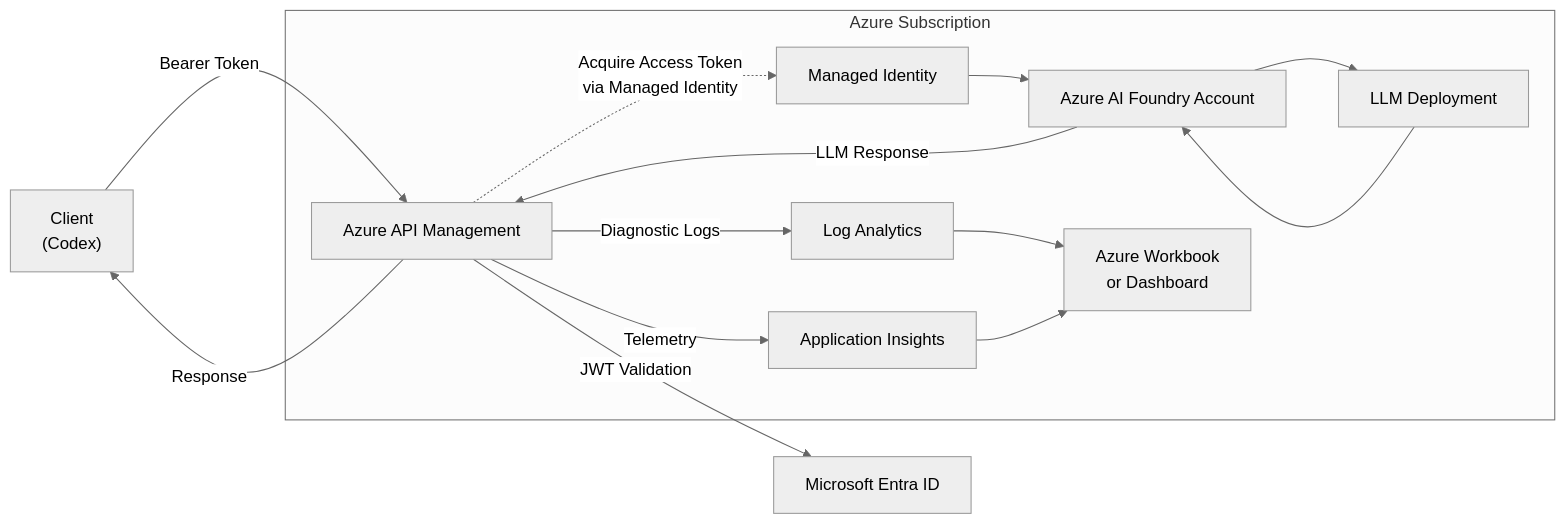
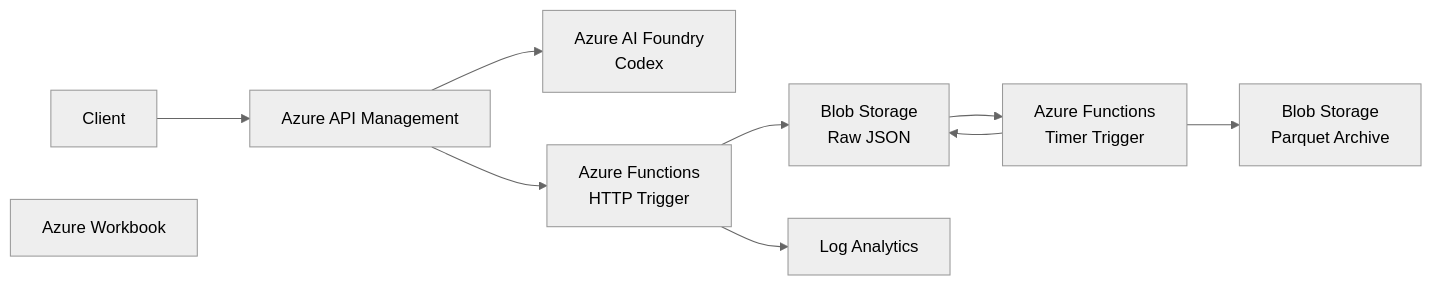
The first of 3 diagrams in docs/spec/diagram.md (75-8/FoundryAPI-use-insideCorp), drawn with Mermaid (neutral theme) before and after one commit. The commit also changed other lines of this file and 2 other files, not shown here.

````diff
--- a/docs/spec/diagram.md
+++ b/docs/spec/diagram.md
@@ -5,49 +5,37 @@
 ```mermaid
 flowchart LR
 
-    Client["Client<br/>(Codex)"]
+Client["Client"]
 
-    subgraph Azure["Azure Subscription"]
+APIM["Azure API Management"]
 
-        APIM["Azure API Management"]
+Foundry["Azure AI Foundry<br/>Codex"]
 
-        Foundry["Azure AI Foundry Account"]
+FuncHttp["Azure Functions<br/>HTTP Trigger"]
 
-        Model["LLM Deployment"]
+BlobHot["Blob Storage<br/>Raw JSON"]
 
-        MI["Managed Identity"]
+FuncTimer["Azure Functions<br/>Timer Trigger"]
 
-        LA["Log Analytics"]
+BlobArchive["Blob Storage<br/>Parquet Archive"]
 
-        AI["Application Insights"]
+LogAnalytics["Log Analytics"]
 
-        Workbook["Azure Workbook<br/>or Dashboard"]
+Workbook["Azure Workbook"]
 
-    end
+Client --> APIM
 
-    Entra["Microsoft Entra ID"]
+APIM --> Foundry
 
-    Client -->|"Bearer Token"| APIM
+APIM --> FuncHttp
 
-    APIM -->|"JWT Validation"| Entra
+FuncHttp --> BlobHot
 
-    APIM -.->|"Acquire Access Token<br/>via Managed Identity"| MI
+FuncHttp --> LogAnalytics
 
-    MI --> Foundry
+FuncTimer --> BlobHot
 
-    Foundry --> Model
+BlobHot --> FuncTimer
 
-    Model --> Foundry
-
-    Foundry -->|"LLM Response"| APIM
-
-    APIM -->|"Response"| Client
-
-    APIM -->|"Diagnostic Logs"| LA
-
-    APIM -->|"Telemetry"| AI
-
-    LA --> Workbook
-
-    AI --> Workbook
+FuncTimer --> BlobArchive
 ```
````
